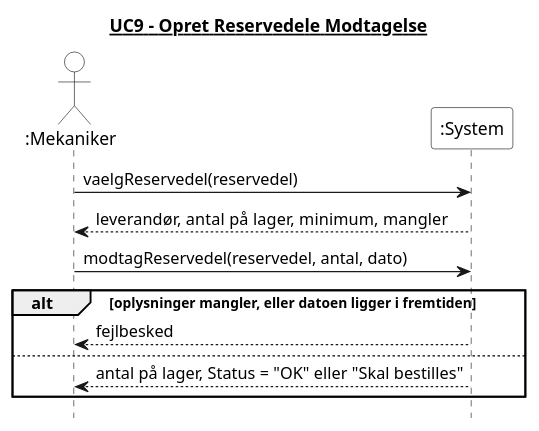
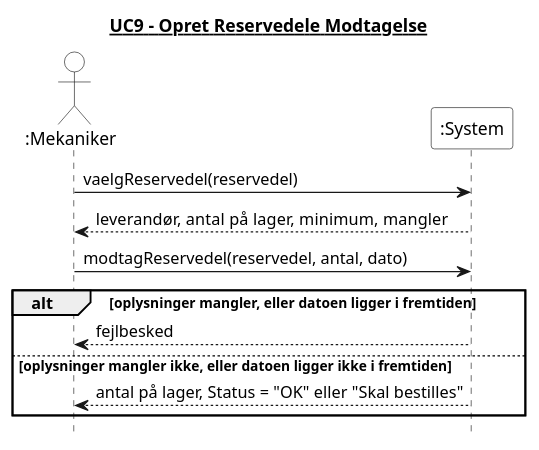
Before and after one commit to Zoabz/Getting-Real: the diagram in 4. System Sekvens Diagram/UC9_opret_reservedele_modtagelse.puml, drawn with PlantUML. The commit also changed 14 other files, not shown here.

```diff
--- a/4. System Sekvens Diagram/UC9_opret_reservedele_modtagelse.puml
+++ b/4. System Sekvens Diagram/UC9_opret_reservedele_modtagelse.puml
@@ -1,29 +1,29 @@
 @startuml
 title <u>UC9 - Opret Reservedele Modtagelse</u>
 hide footbox
 skinparam monochrome true
 skinparam shadowing false
 skinparam backgroundColor white
 skinparam actor {
   BackgroundColor white
 }
 skinparam participant {
   BackgroundColor white
 }
 
 actor ":Mekaniker"
 participant ":System" as System
 
 ":Mekaniker" -> System : vaelgReservedel(reservedel)
 
 System --> ":Mekaniker" : leverandør, antal på lager, minimum, mangler
 
 ":Mekaniker" -> System : modtagReservedel(reservedel, antal, dato)
 
 alt oplysninger mangler, eller datoen ligger i fremtiden
   System --> ":Mekaniker" : fejlbesked
-else 
+else oplysninger mangler ikke, eller datoen ligger ikke i fremtiden
   System --> ":Mekaniker" : antal på lager, Status = "OK" eller "Skal bestilles"
 end
 
 @enduml
```
